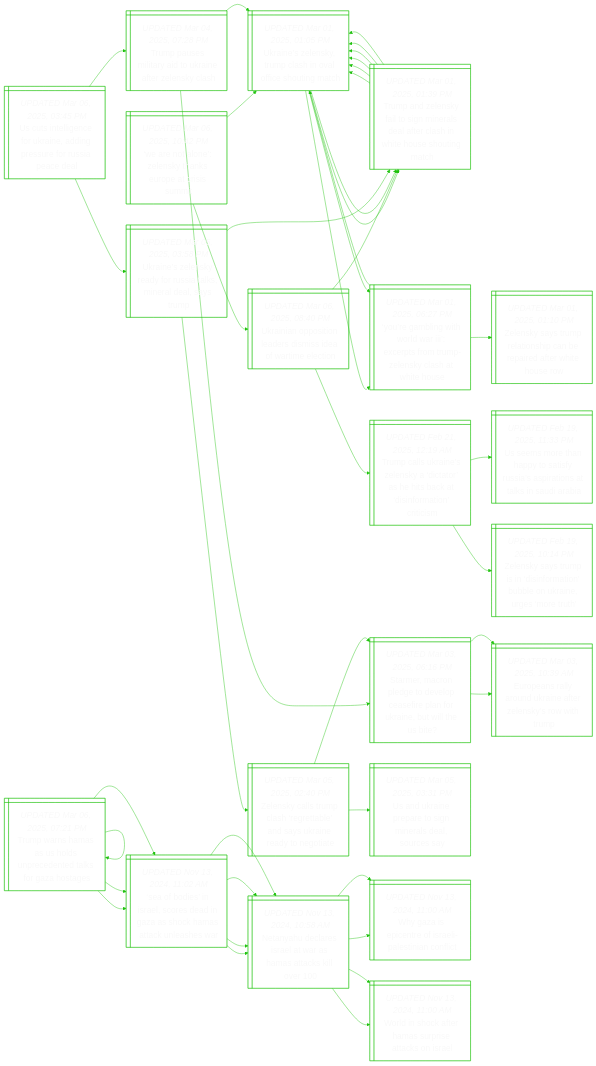
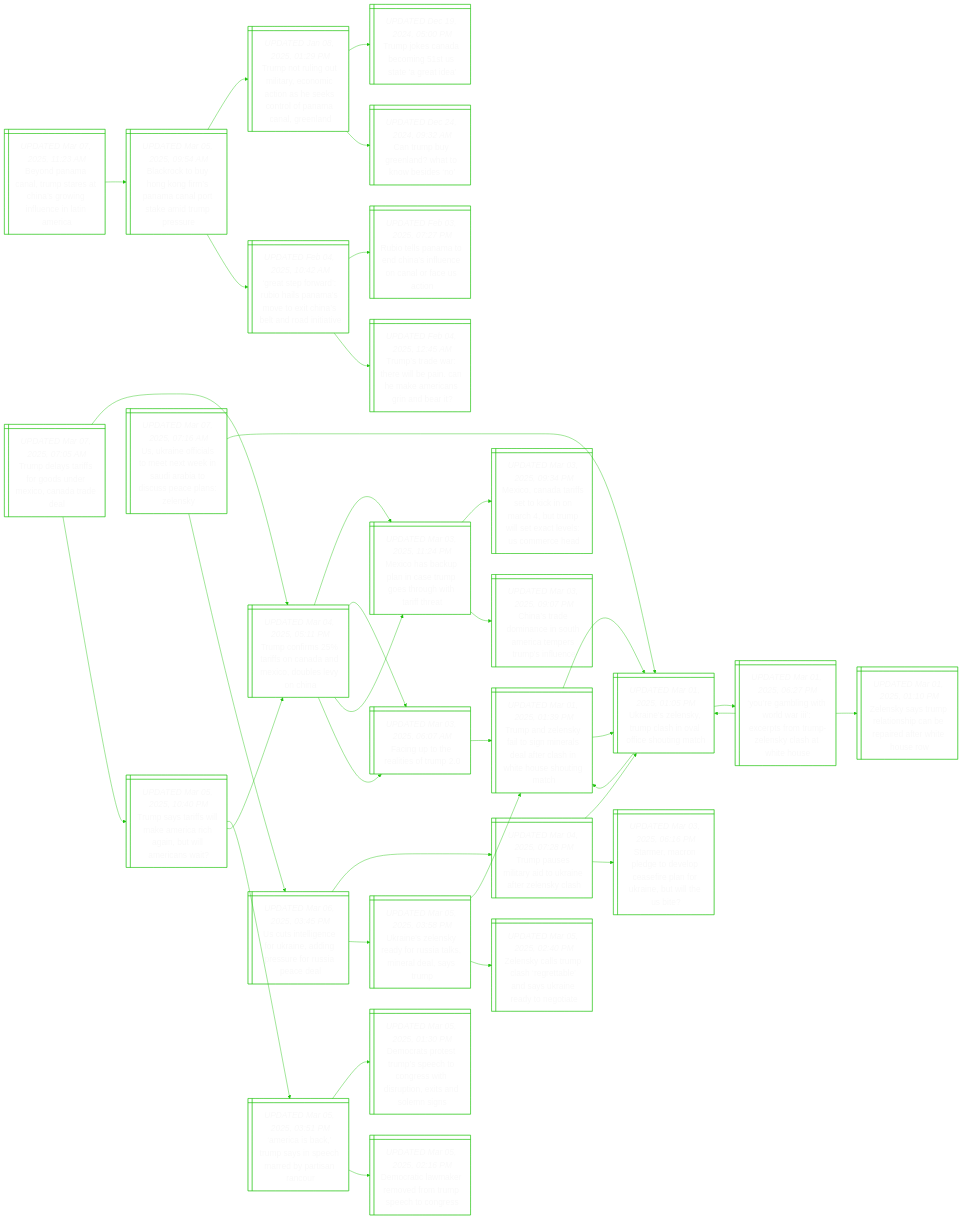
One commit to notJmes/notJmes changed the diagram in README.md. Above: the diagram before and after it, drawn with Mermaid. The commit also changed other lines of this file, not shown here.

````diff
--- a/README.md
+++ b/README.md
@@ -16,8 +16,76 @@
 flowchart LR
 classDef txtsize font-size:20px;
 
-Wnolykocsi@{ shape: win-pane, label: "_UPDATED Mar 06, 2025, 10:42 PM_
-‘we are not alone’: zelensky thanks europe at crisis summit" }
+BdmamrCsifcama@{ shape: win-pane, label: "_UPDATED Mar 07, 2025, 11:23 AM_
+Beyond panama canal, trump stares at china’s growing influence in latin america" }
+BRoonmanrkdps@{ shape: win-pane, label: "_UPDATED Mar 05, 2025, 09:54 AM_
+Blackrock to buy hong kong firm’s panama canal port stake amid trump pressure" }
+Tnluiemtsenoanen@{ shape: win-pane, label: "_UPDATED Jan 08, 2025, 01:29 PM_
+Trump not ruling out military, economic action as he seeks control of panama canal, greenland" }
+TjCamtard@{ shape: win-pane, label: "_UPDATED Dec 19, 2024, 05:00 PM_
+Trump jokes canada becoming 51st us state ‘a great idea’" }
+CuynWobe@{ shape: win-pane, label: "_UPDATED Dec 24, 2024, 09:32 AM_
+Can trump buy greenland? what to know besides ‘no’" }
+GsodosmvxiedIa@{ shape: win-pane, label: "_UPDATED Feb 04, 2025, 10:42 AM_
+‘great step forward’: rubio hails panama’s move to exit china’s belt and road initiative" }
+RtPadalenfSo@{ shape: win-pane, label: "_UPDATED Feb 03, 2025, 07:27 PM_
+Rubio tells panama to end china’s influence on canal or face us action" }
+Tsehipaaenne@{ shape: win-pane, label: "_UPDATED Feb 04, 2025, 12:45 AM_
+Trump’s trade war: there will be pain. can he make americans grin and bear it?" }
+
+BdmamrCsifcama:::txtsize --> BRoonmanrkdps:::txtsize
+BRoonmanrkdps:::txtsize --> Tnluiemtsenoanen:::txtsize
+Tnluiemtsenoanen:::txtsize --> TjCamtard:::txtsize
+Tnluiemtsenoanen:::txtsize --> CuynWobe:::txtsize
+BRoonmanrkdps:::txtsize --> GsodosmvxiedIa:::txtsize
+GsodosmvxiedIa:::txtsize --> RtPadalenfSo:::txtsize
+GsodosmvxiedIa:::txtsize --> Tsehipaaenne:::txtsize
+
+Tdsfrsrcaaa@{ shape: win-pane, label: "_UPDATED Mar 07, 2025, 07:05 AM_
+Trump delays tariffs for goods under mexico, canada trade deal" }
+TcrroadcbeC@{ shape: win-pane, label: "_UPDATED Mar 04, 2025, 05:11 PM_
+Trump confirms 25% tariffs on canada and mexico, doubles levy on china" }
+MoapnTghhtfa@{ shape: win-pane, label: "_UPDATED Mar 03, 2025, 11:24 PM_
+Mexico has backup plan in case trump goes through with tariff threat" }
+ModieiocTwececra@{ shape: win-pane, label: "_UPDATED Mar 03, 2025, 09:34 PM_
+Mexico, canada tariffs set to kick in on march 4, but trump will set exact levels: us commerce head" }
+Csenitresple@{ shape: win-pane, label: "_UPDATED Mar 03, 2025, 09:07 PM_
+China’s trade dominance in south america tempers trump’s influence" }
+Fgtaer@{ shape: win-pane, label: "_UPDATED Mar 03, 2025, 06:07 AM_
+Facing up to the realities of trump 2.0" }
+TalytnretaWHsit@{ shape: win-pane, label: "_UPDATED Mar 01, 2025, 01:39 PM_
+Trump and zelensky fail to sign minerals deal after clash in white house shouting match" }
+Tsasmmaablrs@{ shape: win-pane, label: "_UPDATED Mar 05, 2025, 10:40 PM_
+Trump says tariffs will make america rich again, but will americans wait?" }
+Acauypmdrno@{ shape: win-pane, label: "_UPDATED Mar 05, 2025, 03:51 PM_
+‘america is back,’ trump says in speech marred by partisan rancour" }
+DrrtpeCetrotsns@{ shape: win-pane, label: "_UPDATED Mar 05, 2025, 01:30 PM_
+Democrats protest trump’s speech to congress with disruption, exits and solemn signs" }
+Drlkmfrptg@{ shape: win-pane, label: "_UPDATED Mar 05, 2025, 02:16 PM_
+Democratic lawmaker removed from trump speech to congress" }
+TcrroadcbeC@{ shape: win-pane, label: "_UPDATED Mar 04, 2025, 05:11 PM_
+Trump confirms 25% tariffs on canada and mexico, doubles levy on china" }
+MoapnTghhtfa@{ shape: win-pane, label: "_UPDATED Mar 03, 2025, 11:24 PM_
+Mexico has backup plan in case trump goes through with tariff threat" }
+Fgtaer@{ shape: win-pane, label: "_UPDATED Mar 03, 2025, 06:07 AM_
+Facing up to the realities of trump 2.0" }
+
+Tdsfrsrcaaa:::txtsize --> TcrroadcbeC:::txtsize
+TcrroadcbeC:::txtsize --> MoapnTghhtfa:::txtsize
+MoapnTghhtfa:::txtsize --> ModieiocTwececra:::txtsize
+MoapnTghhtfa:::txtsize --> Csenitresple:::txtsize
+TcrroadcbeC:::txtsize --> Fgtaer:::txtsize
+Fgtaer:::txtsize --> TalytnretaWHsit:::txtsize
+Tdsfrsrcaaa:::txtsize --> Tsasmmaablrs:::txtsize
+Tsasmmaablrs:::txtsize --> Acauypmdrno:::txtsize
+Acauypmdrno:::txtsize --> DrrtpeCetrotsns:::txtsize
+Acauypmdrno:::txtsize --> Drlkmfrptg:::txtsize
+Tsasmmaablrs:::txtsize --> TcrroadcbeC:::txtsize
+TcrroadcbeC:::txtsize --> MoapnTghhtfa:::txtsize
+TcrroadcbeC:::txtsize --> Fgtaer:::txtsize
+
+Uafameeartcelek@{ shape: win-pane, label: "_UPDATED Mar 07, 2025, 07:16 AM_
+Us, ukraine officials to meet next week in saudi arabia to discuss peace plans: zelensky" }
 Unlyphaiogh@{ shape: win-pane, label: "_UPDATED Mar 01, 2025, 01:05 PM_
 Ukraine’s zelensky, trump clash in oval office shouting match" }
 TalytnretaWHsit@{ shape: win-pane, label: "_UPDATED Mar 01, 2025, 01:39 PM_
@@ -32,126 +100,34 @@
 Ukraine’s zelensky, trump clash in oval office shouting match" }
 Zsymasaeeets@{ shape: win-pane, label: "_UPDATED Mar 01, 2025, 01:10 PM_
 Zelensky says trump relationship can be repaired after white house row" }
-Unptesieaet@{ shape: win-pane, label: "_UPDATED Mar 06, 2025, 08:40 PM_
-Ukrainian opposition leaders dismiss idea of wartime election" }
-TcUnlytaicioiis@{ shape: win-pane, label: "_UPDATED Feb 21, 2025, 12:19 AM_
-Trump calls ukraine’s zelensky a ‘dictator’ as he hits back at ‘disinformation’ criticism" }
-Umehtiusrnanii@{ shape: win-pane, label: "_UPDATED Feb 19, 2025, 11:33 PM_
-Us seems more than happy to satisfy russia’s aspirations at talks in saudi arabia" }
-Zsymnnaberumr@{ shape: win-pane, label: "_UPDATED Feb 19, 2025, 10:14 PM_
-Zelensky says trump is in ‘disinformation’ bubble on ukraine, urges ‘more truth’" }
+UslnridrrRae@{ shape: win-pane, label: "_UPDATED Mar 06, 2025, 03:45 PM_
+Us cuts intelligence for ukraine, adding pressure for russia peace deal" }
+Tpstikernl@{ shape: win-pane, label: "_UPDATED Mar 04, 2025, 07:28 PM_
+Trump pauses military aid to ukraine after zelensky clash" }
+Unlyphaiogh@{ shape: win-pane, label: "_UPDATED Mar 01, 2025, 01:05 PM_
+Ukraine’s zelensky, trump clash in oval office shouting match" }
+Sereolarnkeiet@{ shape: win-pane, label: "_UPDATED Mar 03, 2025, 06:16 PM_
+Starmer, macron pledge to develop ceasefire plan for ukraine, but will the us bite?" }
+UnlyyutmalT@{ shape: win-pane, label: "_UPDATED Mar 05, 2025, 03:58 PM_
+Ukraine’s zelensky ready for russia talks, mineral deal, says trump" }
 TalytnretaWHsit@{ shape: win-pane, label: "_UPDATED Mar 01, 2025, 01:39 PM_
 Trump and zelensky fail to sign minerals deal after clash in white house shouting match" }
-Unlyphaiogh@{ shape: win-pane, label: "_UPDATED Mar 01, 2025, 01:05 PM_
-Ukraine’s zelensky, trump clash in oval office shouting match" }
-Unlyphaiogh@{ shape: win-pane, label: "_UPDATED Mar 01, 2025, 01:05 PM_
-Ukraine’s zelensky, trump clash in oval office shouting match" }
+Zsluagansiani@{ shape: win-pane, label: "_UPDATED Mar 05, 2025, 02:40 PM_
+Zelensky calls trump clash ‘regrettable’ and says ukraine ready to negotiate" }
 
-Wnolykocsi:::txtsize --> Unlyphaiogh:::txtsize
+Uafameeartcelek:::txtsize --> Unlyphaiogh:::txtsize
 Unlyphaiogh:::txtsize --> TalytnretaWHsit:::txtsize
 TalytnretaWHsit:::txtsize --> Unlyphaiogh:::txtsize
 TalytnretaWHsit:::txtsize --> Unlyphaiogh:::txtsize
 Unlyphaiogh:::txtsize --> YgitlIcsTZsaWH:::txtsize
 YgitlIcsTZsaWH:::txtsize --> Unlyphaiogh:::txtsize
 YgitlIcsTZsaWH:::txtsize --> Zsymasaeeets:::txtsize
-Wnolykocsi:::txtsize --> Unptesieaet:::txtsize
-Unptesieaet:::txtsize --> TcUnlytaicioiis:::txtsize
-TcUnlytaicioiis:::txtsize --> Umehtiusrnanii:::txtsize
-TcUnlytaicioiis:::txtsize --> Zsymnnaberumr:::txtsize
-Unptesieaet:::txtsize --> TalytnretaWHsit:::txtsize
-TalytnretaWHsit:::txtsize --> Unlyphaiogh:::txtsize
-TalytnretaWHsit:::txtsize --> Unlyphaiogh:::txtsize
-
-UslnridrrRae@{ shape: win-pane, label: "_UPDATED Mar 06, 2025, 03:45 PM_
-Us cuts intelligence for ukraine, adding pressure for russia peace deal" }
-Tpstikernl@{ shape: win-pane, label: "_UPDATED Mar 04, 2025, 07:28 PM_
-Trump pauses military aid to ukraine after zelensky clash" }
-Unlyphaiogh@{ shape: win-pane, label: "_UPDATED Mar 01, 2025, 01:05 PM_
-Ukraine’s zelensky, trump clash in oval office shouting match" }
-TalytnretaWHsit@{ shape: win-pane, label: "_UPDATED Mar 01, 2025, 01:39 PM_
-Trump and zelensky fail to sign minerals deal after clash in white house shouting match" }
-YgitlIcsTZsaWH@{ shape: win-pane, label: "_UPDATED Mar 01, 2025, 06:27 PM_
-‘you’re gambling with world war iii’: excerpts from trump-zelensky clash at white house" }
-Sereolarnkeiet@{ shape: win-pane, label: "_UPDATED Mar 03, 2025, 06:16 PM_
-Starmer, macron pledge to develop ceasefire plan for ukraine, but will the us bite?" }
-EearUneesiu@{ shape: win-pane, label: "_UPDATED Mar 03, 2025, 10:39 AM_
-Europeans rally around ukraine after zelensky’s row with trump" }
-EearUneesiu@{ shape: win-pane, label: "_UPDATED Mar 03, 2025, 10:39 AM_
-Europeans rally around ukraine after zelensky’s row with trump" }
-UnlyyutmalT@{ shape: win-pane, label: "_UPDATED Mar 05, 2025, 03:58 PM_
-Ukraine’s zelensky ready for russia talks, mineral deal, says trump" }
-TalytnretaWHsit@{ shape: win-pane, label: "_UPDATED Mar 01, 2025, 01:39 PM_
-Trump and zelensky fail to sign minerals deal after clash in white house shouting match" }
-Unlyphaiogh@{ shape: win-pane, label: "_UPDATED Mar 01, 2025, 01:05 PM_
-Ukraine’s zelensky, trump clash in oval office shouting match" }
-Unlyphaiogh@{ shape: win-pane, label: "_UPDATED Mar 01, 2025, 01:05 PM_
-Ukraine’s zelensky, trump clash in oval office shouting match" }
-Zsluagansiani@{ shape: win-pane, label: "_UPDATED Mar 05, 2025, 02:40 PM_
-Zelensky calls trump clash ‘regrettable’ and says ukraine ready to negotiate" }
-UUnpomaara@{ shape: win-pane, label: "_UPDATED Mar 05, 2025, 03:31 PM_
-Us and ukraine prepare to sign minerals deal, sources say" }
-Sereolarnkeiet@{ shape: win-pane, label: "_UPDATED Mar 03, 2025, 06:16 PM_
-Starmer, macron pledge to develop ceasefire plan for ukraine, but will the us bite?" }
-
+Uafameeartcelek:::txtsize --> UslnridrrRae:::txtsize
 UslnridrrRae:::txtsize --> Tpstikernl:::txtsize
 Tpstikernl:::txtsize --> Unlyphaiogh:::txtsize
-Unlyphaiogh:::txtsize --> TalytnretaWHsit:::txtsize
-Unlyphaiogh:::txtsize --> YgitlIcsTZsaWH:::txtsize
 Tpstikernl:::txtsize --> Sereolarnkeiet:::txtsize
-Sereolarnkeiet:::txtsize --> EearUneesiu:::txtsize
-Sereolarnkeiet:::txtsize --> EearUneesiu:::txtsize
 UslnridrrRae:::txtsize --> UnlyyutmalT:::txtsize
 UnlyyutmalT:::txtsize --> TalytnretaWHsit:::txtsize
-TalytnretaWHsit:::txtsize --> Unlyphaiogh:::txtsize
-TalytnretaWHsit:::txtsize --> Unlyphaiogh:::txtsize
 UnlyyutmalT:::txtsize --> Zsluagansiani:::txtsize
-Zsluagansiani:::txtsize --> UUnpomaara:::txtsize
-Zsluagansiani:::txtsize --> Sereolarnkeiet:::txtsize
-
-TwHaoneekGoe@{ shape: win-pane, label: "_UPDATED Mar 06, 2025, 07:21 PM_
-Trump warns hamas as us holds unprecedented talks for gaza hostages" }
-TwHaoneekGoe@{ shape: win-pane, label: "_UPDATED Mar 06, 2025, 07:21 PM_
-Trump warns hamas as us holds unprecedented talks for gaza hostages" }
-TwHaoneekGoe@{ shape: win-pane, label: "_UPDATED Mar 06, 2025, 07:21 PM_
-Trump warns hamas as us holds unprecedented talks for gaza hostages" }
-TwHaoneekGoe@{ shape: win-pane, label: "_UPDATED Mar 06, 2025, 07:21 PM_
-Trump warns hamas as us holds unprecedented talks for gaza hostages" }
-Sbsrcdnacaale@{ shape: win-pane, label: "_UPDATED Nov 13, 2024, 11:02 AM_
-‘sea of bodies’ in israel, scores dead in gaza as shock hamas attack unleashes war" }
-Sbsrcdnacaale@{ shape: win-pane, label: "_UPDATED Nov 13, 2024, 11:02 AM_
-‘sea of bodies’ in israel, scores dead in gaza as shock hamas attack unleashes war" }
-NyeeawHakl@{ shape: win-pane, label: "_UPDATED Nov 13, 2024, 10:58 AM_
-Netanyahu declares israel at war as hamas attacks kill over 100" }
-NyeeawHakl@{ shape: win-pane, label: "_UPDATED Nov 13, 2024, 10:58 AM_
-Netanyahu declares israel at war as hamas attacks kill over 100" }
-Sbsrcdnacaale@{ shape: win-pane, label: "_UPDATED Nov 13, 2024, 11:02 AM_
-‘sea of bodies’ in israel, scores dead in gaza as shock hamas attack unleashes war" }
-NyeeawHakl@{ shape: win-pane, label: "_UPDATED Nov 13, 2024, 10:58 AM_
-Netanyahu declares israel at war as hamas attacks kill over 100" }
-WzptIleint@{ shape: win-pane, label: "_UPDATED Nov 13, 2024, 11:00 AM_
-Why gaza is epicentre of israeli-palestinian conflict" }
-Wiceapaks@{ shape: win-pane, label: "_UPDATED Nov 13, 2024, 11:00 AM_
-World in shock after hamas surprise attacks on israel" }
-NyeeawHakl@{ shape: win-pane, label: "_UPDATED Nov 13, 2024, 10:58 AM_
-Netanyahu declares israel at war as hamas attacks kill over 100" }
-WzptIleint@{ shape: win-pane, label: "_UPDATED Nov 13, 2024, 11:00 AM_
-Why gaza is epicentre of israeli-palestinian conflict" }
-Wiceapaks@{ shape: win-pane, label: "_UPDATED Nov 13, 2024, 11:00 AM_
-World in shock after hamas surprise attacks on israel" }
-
-TwHaoneekGoe:::txtsize --> TwHaoneekGoe:::txtsize
-TwHaoneekGoe:::txtsize --> TwHaoneekGoe:::txtsize
-TwHaoneekGoe:::txtsize --> TwHaoneekGoe:::txtsize
-TwHaoneekGoe:::txtsize --> Sbsrcdnacaale:::txtsize
-TwHaoneekGoe:::txtsize --> Sbsrcdnacaale:::txtsize
-Sbsrcdnacaale:::txtsize --> NyeeawHakl:::txtsize
-Sbsrcdnacaale:::txtsize --> NyeeawHakl:::txtsize
-TwHaoneekGoe:::txtsize --> Sbsrcdnacaale:::txtsize
-Sbsrcdnacaale:::txtsize --> NyeeawHakl:::txtsize
-NyeeawHakl:::txtsize --> WzptIleint:::txtsize
-NyeeawHakl:::txtsize --> Wiceapaks:::txtsize
-Sbsrcdnacaale:::txtsize --> NyeeawHakl:::txtsize
-NyeeawHakl:::txtsize --> WzptIleint:::txtsize
-NyeeawHakl:::txtsize --> Wiceapaks:::txtsize
 
 ```
````
